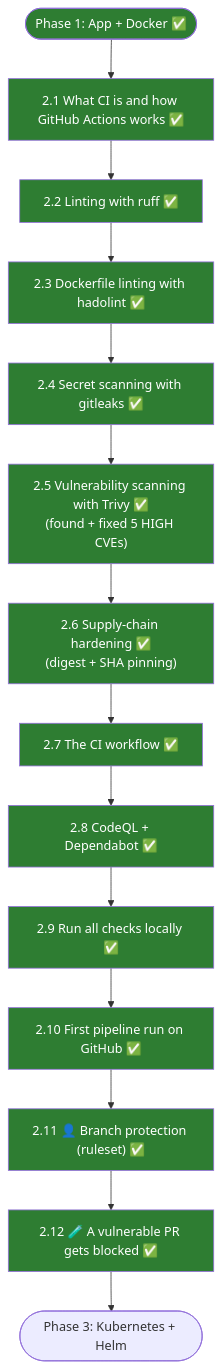
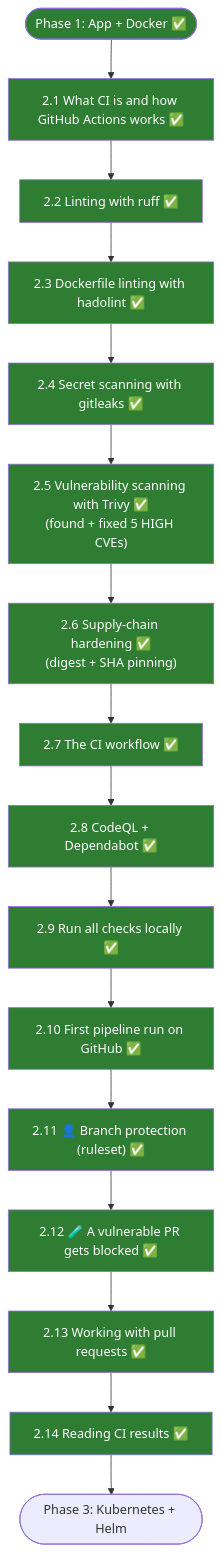
One commit to valinfernanda/devops-project changed the first of 7 diagrams in docs/02-ci.md. Above: the diagram before and after it, drawn with Mermaid. The commit also changed other lines of this file and 6 other files, not shown here.

````diff
--- a/docs/02-ci.md
+++ b/docs/02-ci.md
@@ -15,20 +18,22 @@
 ```mermaid
 flowchart TD
     P1(["Phase 1: App + Docker ✅"]) --> A
     A["2.1 What CI is and how GitHub Actions works ✅"] --> B["2.2 Linting with ruff ✅"]
     B --> C["2.3 Dockerfile linting with hadolint ✅"]
     C --> D["2.4 Secret scanning with gitleaks ✅"]
     D --> E["2.5 Vulnerability scanning with Trivy ✅<br/>(found + fixed 5 HIGH CVEs)"]
     E --> F["2.6 Supply-chain hardening ✅<br/>(digest + SHA pinning)"]
     F --> G["2.7 The CI workflow ✅"]
     G --> H["2.8 CodeQL + Dependabot ✅"]
     H --> I["2.9 Run all checks locally ✅"]
     I --> J["2.10 First pipeline run on GitHub ✅"]
     J --> K["2.11 👤 Branch protection (ruleset) ✅"]
     K --> L["2.12 🧪 A vulnerable PR gets blocked ✅"]
-    L --> P3(["Phase 3: Kubernetes + Helm"])
+    L --> M2["2.13 Working with pull requests ✅"]
+    M2 --> N2["2.14 Reading CI results ✅"]
+    N2 --> P3(["Phase 3: Kubernetes + Helm"])
 
     classDef done fill:#2e7d32,color:#fff
     classDef wait fill:#f9a825,color:#000
-    class P1,A,B,C,D,E,F,G,H,I,J,K,L done
+    class P1,A,B,C,D,E,F,G,H,I,J,K,L,M2,N2 done
 ```
````
